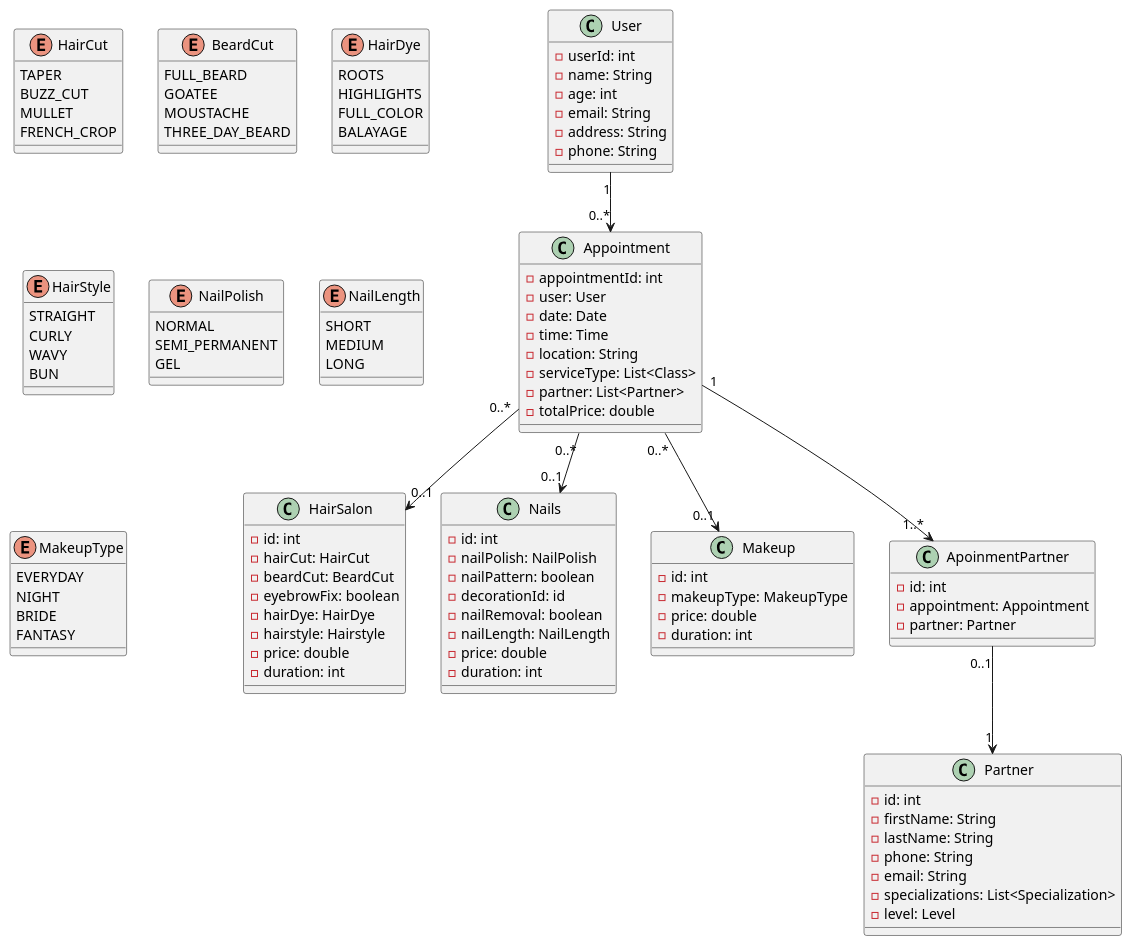
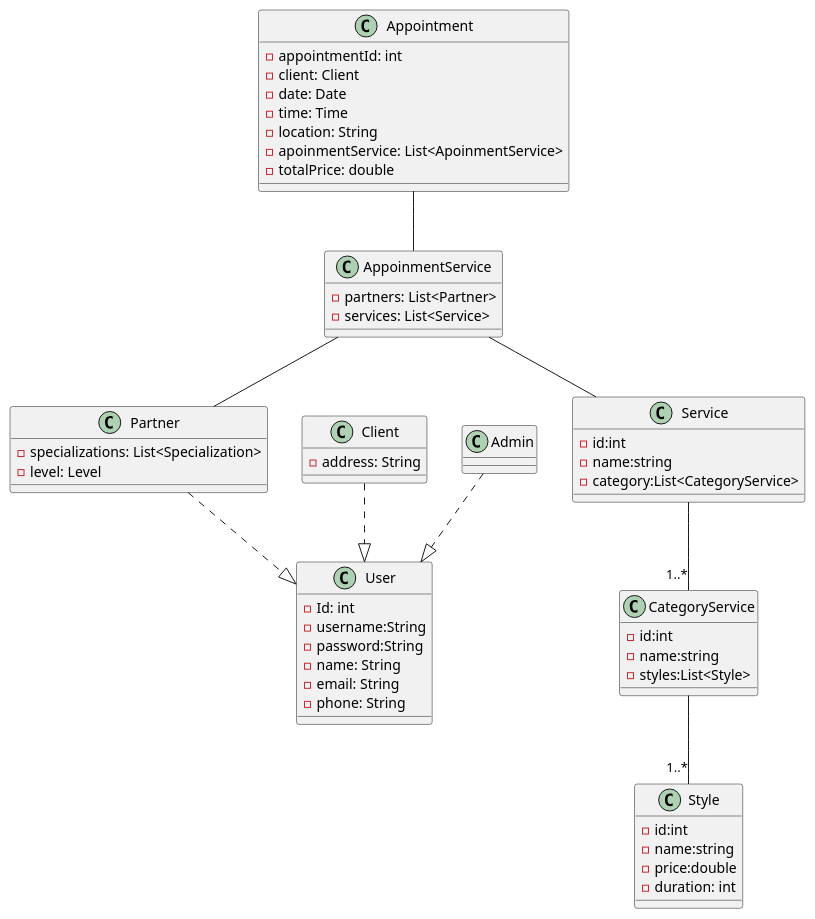
One commit to retoquesexpress/tienda-back changed the diagram in docs/uml.puml. Above: the diagram before and after it, drawn with PlantUML. The commit also changed 2 other files, not shown here.

Commit message:
UML actualizado

```diff
--- a/docs/uml.puml
+++ b/docs/uml.puml
@@ -1,125 +1,116 @@
 @startuml
 
 class User {
-    -userId: int
+    -Id: int
+    -username:String
+    -password:String
     -name: String
-    -age: int
     -email: String
-    -address: String
     -phone: String
 }
 
-class HairSalon {
-    -id: int
-    -hairCut: HairCut
-    -beardCut: BeardCut
-    -eyebrowFix: boolean
-    -hairDye: HairDye
-    -hairstyle: Hairstyle
-    -price: double
-    -duration: int
+class Partner {
+    -specializations: List<Specialization>
+    -level: Level
+}
+class Client {
+    -address: String
+}
+class Admin {
 }
 
-class Nails {
-    -id: int
-    -nailPolish: NailPolish
-    -nailPattern: boolean
-    -decorationId: id
-    -nailRemoval: boolean
-    -nailLength: NailLength
-    -price: double
-    -duration: int
+class Service{
+    -id:int
+    -name:string
+    -category:List<CategoryService>
 }
 
-class Makeup {
-    -id: int
-    -makeupType: MakeupType
-    -price: double
+class CategoryService{
+    -id:int
+    -name:string
+    -styles:List<Style>
+}
+class Style{
+    -id:int
+    -name:string
+    -price:double
     -duration: int
 }
 
 class Appointment {
     -appointmentId: int
-    -user: User
+    -client: Client
     -date: Date
     -time: Time
     -location: String
-    -serviceType: List<Class>
-    -partner: List<Partner>
+    -apoinmentService: List<ApoinmentService>
     -totalPrice: double
 }
 
-class Partner {
-    -id: int
-    -firstName: String
-    -lastName: String
-    -phone: String
-    -email: String
-    -specializations: List<Specialization>
-    -level: Level
+class AppoinmentService{
+    -partners: List<Partner>
+    -services: List<Service>
 }
 
-class ApoinmentPartner{
-    -id: int
-    -appointment: Appointment
-    -partner: Partner
-}
-enum HairCut {
-    TAPER
-    BUZZ_CUT
-    MULLET
-    FRENCH_CROP
-}
-
-enum BeardCut {
-    FULL_BEARD
-    GOATEE
-    MOUSTACHE
-    THREE_DAY_BEARD
-}
-
-enum HairDye {
-    ROOTS
-    HIGHLIGHTS
-    FULL_COLOR
-    BALAYAGE
-}
-
-enum HairStyle {
-    STRAIGHT
-    CURLY
-    WAVY
-    BUN
-}
-
-enum NailPolish {
-    NORMAL
-    SEMI_PERMANENT
-    GEL
-}
-
-enum NailLength {
-    SHORT
-    MEDIUM
-    LONG
-}
-
-enum MakeupType {
-    EVERYDAY
-    NIGHT
-    BRIDE
-    FANTASY
-}
+'enum HairCut {
+'    TAPER
+'    BUZZ_CUT
+'    MULLET
+'    FRENCH_CROP
+'}
+'
+'enum BeardCut {
+'    FULL_BEARD
+'    GOATEE
+'    MOUSTACHE
+'    THREE_DAY_BEARD
+'}
+'
+'enum HairDye {
+'    ROOTS
+'    HIGHLIGHTS
+'    FULL_COLOR
+'    BALAYAGE
+'}
+'
+'enum HairStyle {
+'    STRAIGHT
+'    CURLY
+'    WAVY
+'    BUN
+'}
+'
+'enum NailPolish {
+'    NORMAL
+'    SEMI_PERMANENT
+'    GEL
+'}
+'
+'enum NailLength {
+'    SHORT
+'    MEDIUM
+'    LONG
+'}
+'
+'enum MakeupType {
+'    EVERYDAY
+'    NIGHT
+'    BRIDE
+'    FANTASY
+'}
 
 
 '====Relationships===='
- User "1" --> "0..*" Appointment
+Service -- "1..*" CategoryService
+CategoryService -- "1..*" Style
 
-Appointment "0..*" --> "0..1" HairSalon
-Appointment "0..*" --> "0..1" Nails
-Appointment "0..*" --> "0..1" Makeup
-Appointment "1" --> "1..*" ApoinmentPartner
-ApoinmentPartner "0..1" --> "1" Partner
+Partner ..|> User
+Client ..|> User
+Admin ..|> User
+
+Appointment -- AppoinmentService
+AppoinmentService -- Service
+AppoinmentService -- Partner
 
 
 @enduml
```
